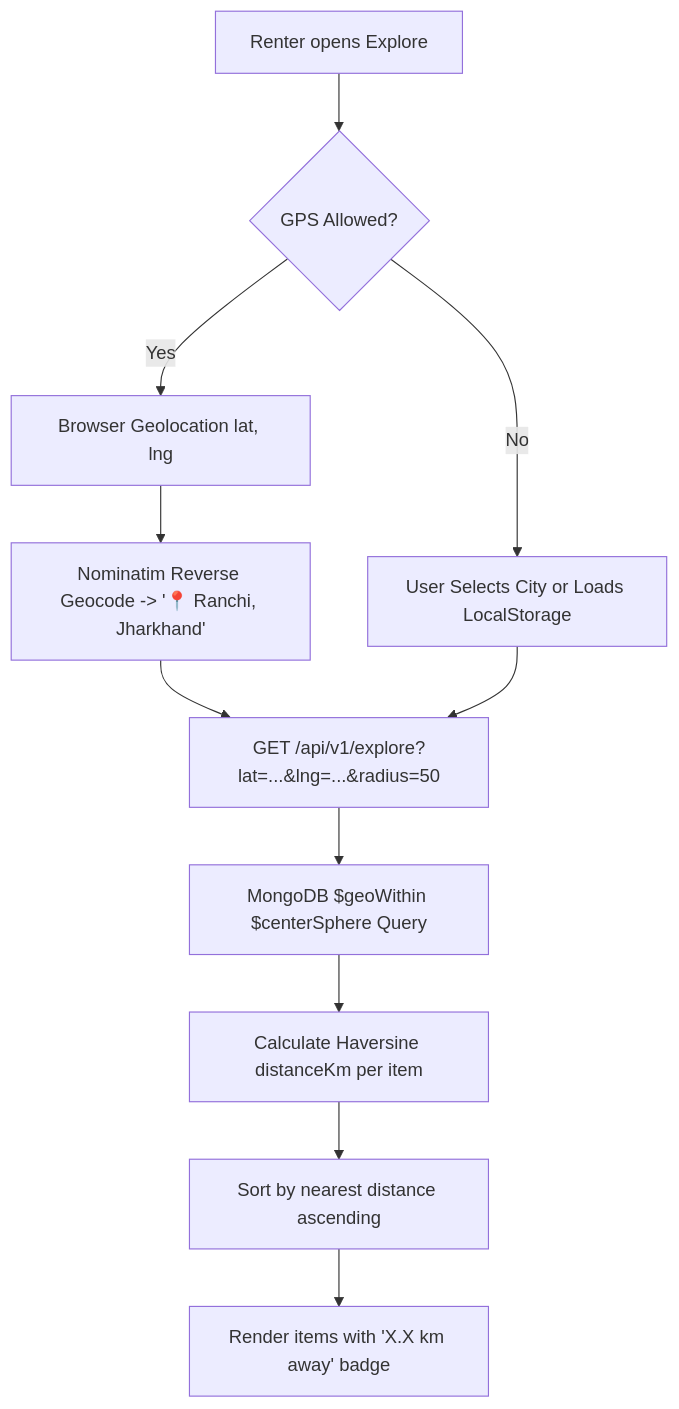
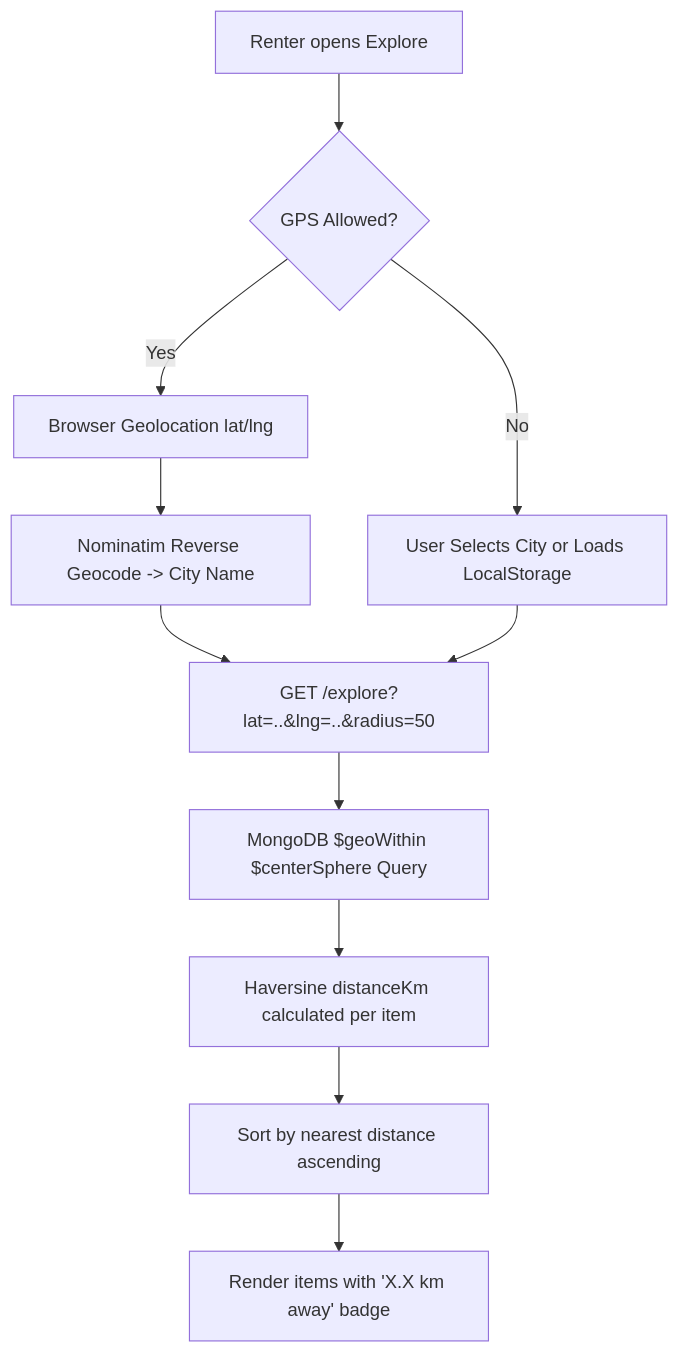
The second of 8 diagrams in ReadMe.md (priyanshuraj20/Rentora), drawn with Mermaid before and after one commit. The commit also changed other lines of this file and 8 other files, not shown here.

````diff
--- a/ReadMe.md
+++ b/ReadMe.md
@@ -157,13 +307,13 @@
 ```mermaid
 flowchart TD
     A[Renter opens Explore] --> B{GPS Allowed?}
-    B -- Yes --> C[Browser Geolocation lat, lng]
-    C --> D[Nominatim Reverse Geocode -> '📍 Ranchi, Jharkhand']
+    B -- Yes --> C[Browser Geolocation lat/lng]
+    C --> D[Nominatim Reverse Geocode -> City Name]
     B -- No --> E[User Selects City or Loads LocalStorage]
-    D --> F[GET /api/v1/explore?lat=...&lng=...&radius=50]
+    D --> F[GET /explore?lat=..&lng=..&radius=50]
     E --> F
     F --> G[MongoDB $geoWithin $centerSphere Query]
-    G --> H[Calculate Haversine distanceKm per item]
+    G --> H[Haversine distanceKm calculated per item]
     H --> I[Sort by nearest distance ascending]
     I --> J[Render items with 'X.X km away' badge]
 ```
````
